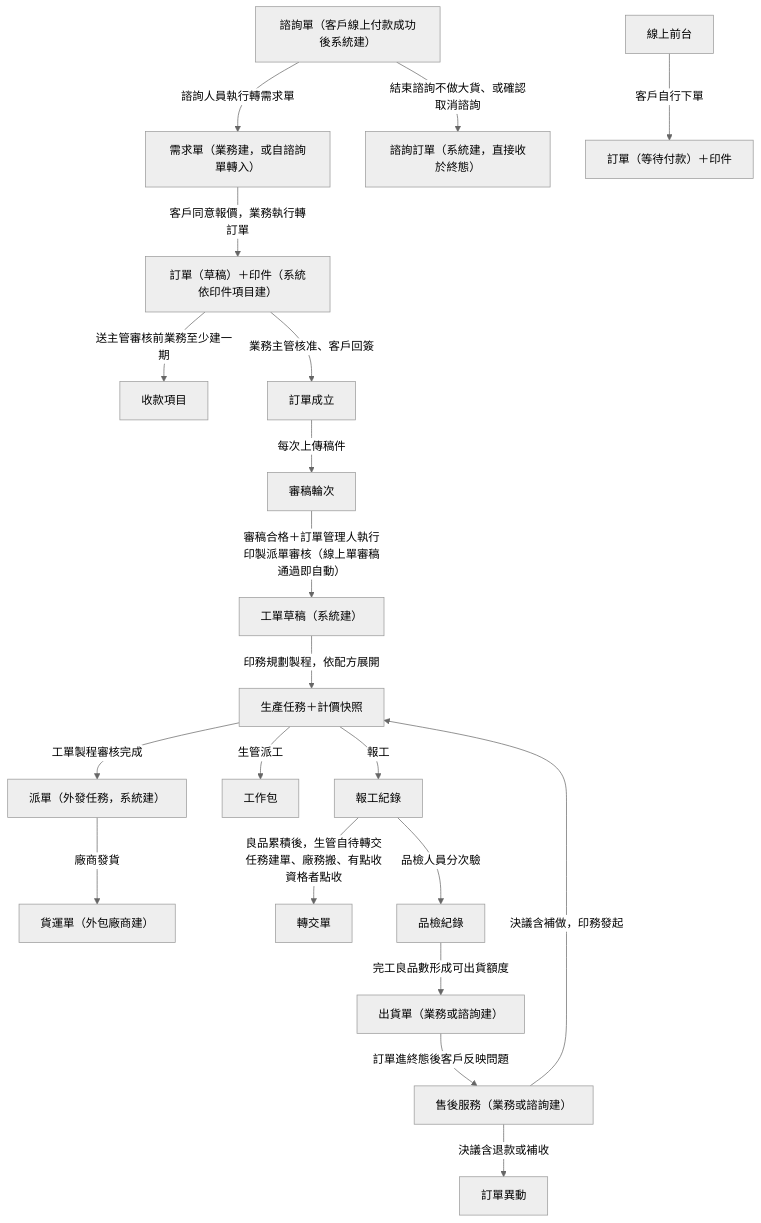
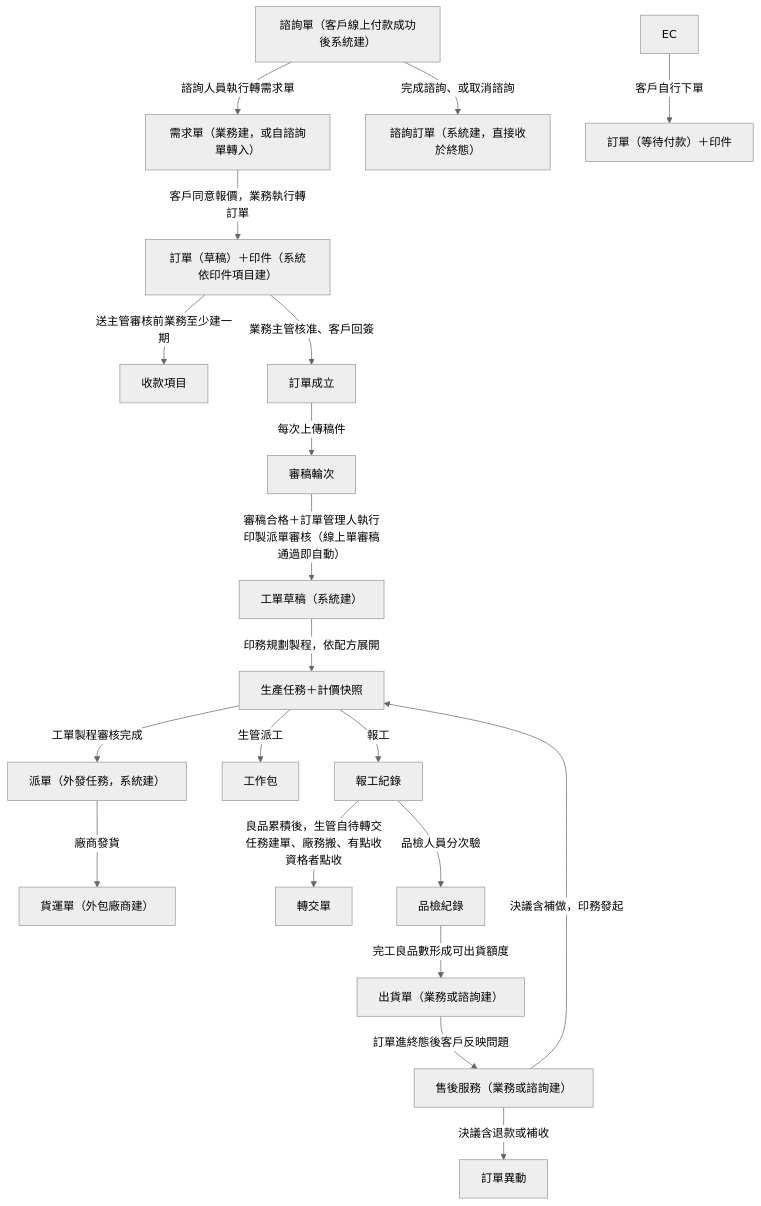
The sixth of 9 diagrams in memory/Sens_wiki/wiki/erp/05-entities/ERP 資料結構總覽.md (Kawato-Miles/erp-spec), drawn with Mermaid (neutral theme) before and after one commit. The commit also changed other lines of this file and 31 other files, not shown here.

````diff
--- a/memory/Sens_wiki/wiki/erp/05-entities/ERP 資料結構總覽.md
+++ b/memory/Sens_wiki/wiki/erp/05-entities/ERP 資料結構總覽.md
@@ -209,22 +209,22 @@
 ```mermaid
 flowchart TD
     A["諮詢單（客戶線上付款成功後系統建）"] -->|"諮詢人員執行轉需求單"| B["需求單（業務建，或自諮詢單轉入）"]
-    A -->|"結束諮詢不做大貨、或確認取消諮詢"| C["諮詢訂單（系統建，直接收於終態）"]
+    A -->|"完成諮詢、或取消諮詢"| C["諮詢訂單（系統建，直接收於終態）"]
     B -->|"客戶同意報價，業務執行轉訂單"| D["訂單（草稿）＋印件（系統依印件項目建）"]
-    E["線上前台"] -->|"客戶自行下單"| D2["訂單（等待付款）＋印件"]
+    E["EC"] -->|"客戶自行下單"| D2["訂單（等待付款）＋印件"]
     D -->|"送主管審核前業務至少建一期"| P["收款項目"]
     D -->|"業務主管核准、客戶回簽"| D3["訂單成立"]
     D3 -->|"每次上傳稿件"| R["審稿輪次"]
     R -->|"審稿合格＋訂單管理人執行印製派單審核（線上單審稿通過即自動）"| W["工單草稿（系統建）"]
     W -->|"印務規劃製程，依配方展開"| T["生產任務＋計價快照"]
     T -->|"工單製程審核完成"| PD["派單（外發任務，系統建）"]
     T -->|"生管派工"| WP["工作包"]
     PD -->|"廠商發貨"| SH["貨運單（外包廠商建）"]
     RP -->|"良品累積後，生管自待轉交任務建單、廠務搬、有點收資格者點收"| TR["轉交單"]
     T -->|"報工"| RP["報工紀錄"]
     RP -->|"品檢人員分次驗"| QC["品檢紀錄"]
     QC -->|"完工良品數形成可出貨額度"| SO["出貨單（業務或諮詢建）"]
     SO -->|"訂單進終態後客戶反映問題"| AS["售後服務（業務或諮詢建）"]
     AS -->|"決議含退款或補收"| ADJ["訂單異動"]
     AS -->|"決議含補做，印務發起"| T
 ```
````
